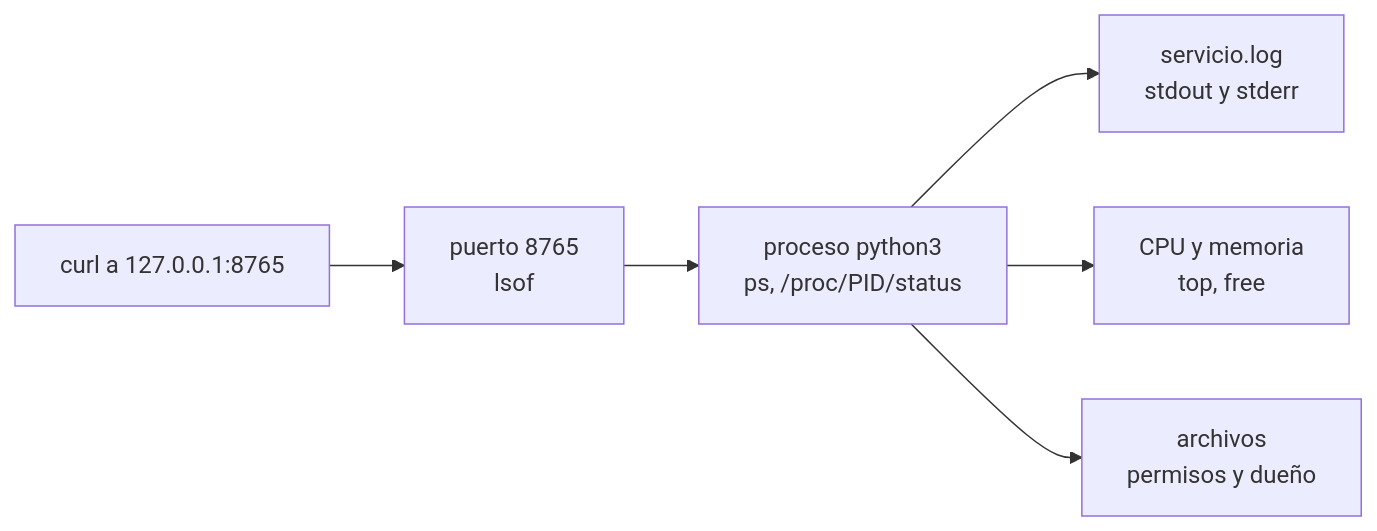
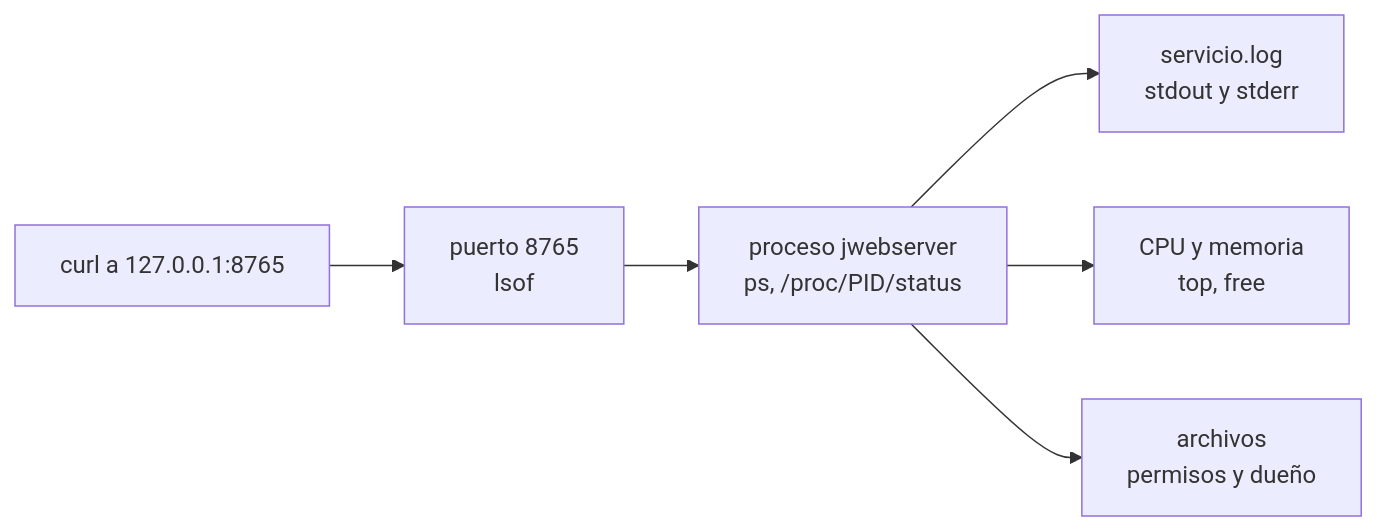
Before and after one commit to NICORUIZ93/The_Imperial_Book: the third of 5 diagrams in web/public/content/foundations/modulo-5.md, drawn with Mermaid. The commit also changed other lines of this file and 1 other file, not shown here.

````diff
--- a/web/public/content/foundations/modulo-5.md
+++ b/web/public/content/foundations/modulo-5.md
@@ -980,8 +1043,8 @@
 ```mermaid
 flowchart LR
     REQ["curl a 127.0.0.1:8765"] --> PORT["puerto 8765<br/>lsof"]
-    PORT --> PROC["proceso python3<br/>ps, /proc/PID/status"]
+    PORT --> PROC["proceso jwebserver<br/>ps, /proc/PID/status"]
     PROC --> LOG["servicio.log<br/>stdout y stderr"]
     PROC --> RES["CPU y memoria<br/>top, free"]
     PROC --> FILES["archivos<br/>permisos y dueño"]
 ```
````
